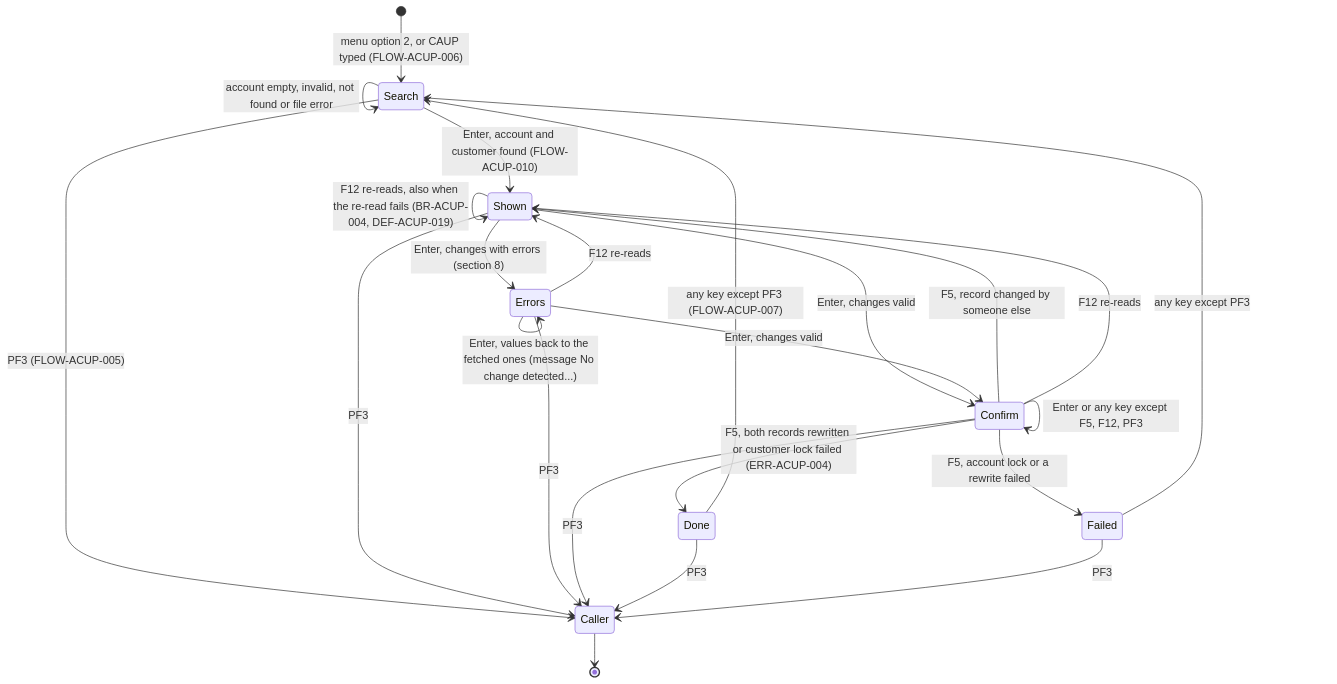
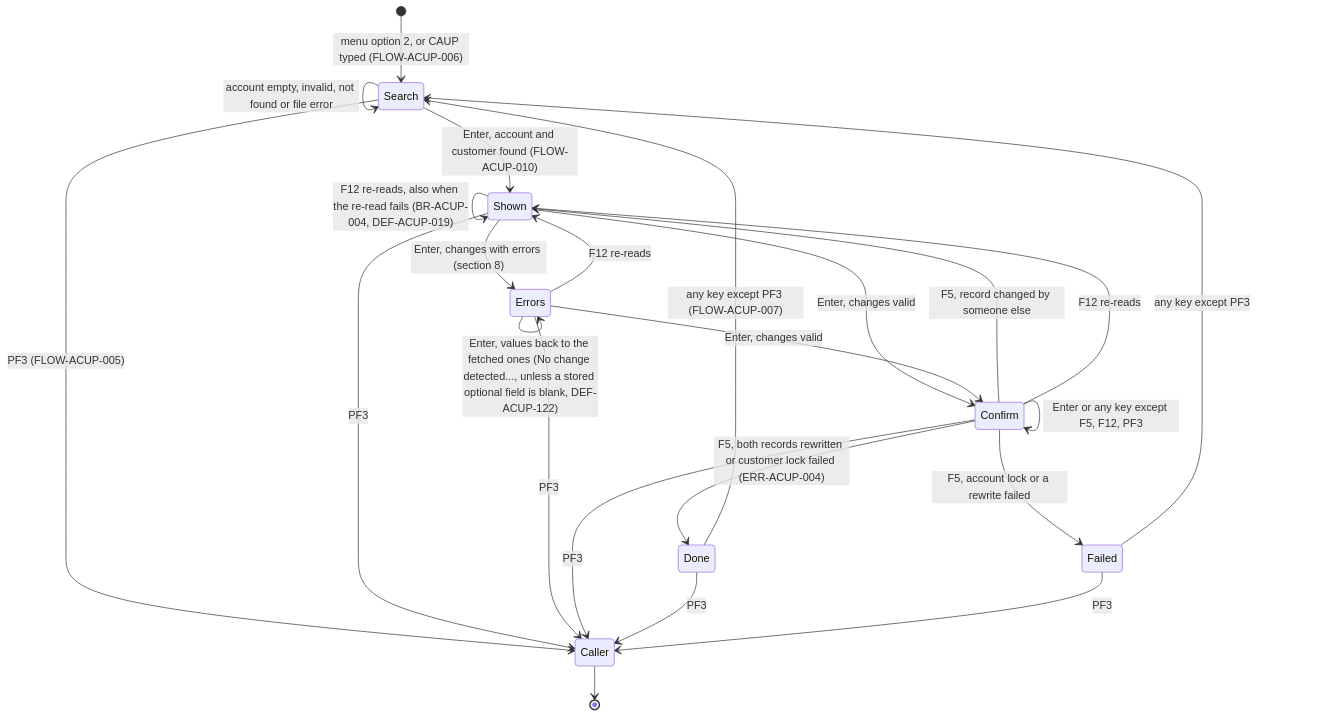
Before and after one commit to factory-senura-jayatunge/carddemo: the first of 2 diagrams in docs/modernization/spec/programs/COACTUPC.md, drawn with Mermaid. The commit also changed other lines of this file and 5 other files, not shown here.

````diff
--- a/docs/modernization/spec/programs/COACTUPC.md
+++ b/docs/modernization/spec/programs/COACTUPC.md
@@ -293,28 +293,28 @@
 ```mermaid
 stateDiagram-v2
     [*] --> Search: menu option 2, or CAUP typed (FLOW-ACUP-006)
     Search --> Search: account empty, invalid, not found or file error
     Search --> Shown: Enter, account and customer found (FLOW-ACUP-010)
     Shown --> Shown: Enter, nothing changed
     Shown --> Errors: Enter, changes with errors (section 8)
     Shown --> Confirm: Enter, changes valid
     Errors --> Errors: Enter, still errors
     Errors --> Confirm: Enter, changes valid
-    Errors --> Errors: Enter, values back to the fetched ones (message No change detected...)
+    Errors --> Errors: Enter, values back to the fetched ones (No change detected..., unless a stored optional field is blank, DEF-ACUP-122)
     Confirm --> Confirm: Enter or any key except F5, F12, PF3
     Confirm --> Done: F5, both records rewritten or customer lock failed (ERR-ACUP-004)
     Confirm --> Failed: F5, account lock or a rewrite failed
     Confirm --> Shown: F5, record changed by someone else
     Shown --> Shown: F12 re-reads, also when the re-read fails (BR-ACUP-004, DEF-ACUP-019)
     Errors --> Shown: F12 re-reads
     Confirm --> Shown: F12 re-reads
     Done --> Search: any key except PF3 (FLOW-ACUP-007)
     Failed --> Search: any key except PF3
     Search --> Caller: PF3 (FLOW-ACUP-005)
     Shown --> Caller: PF3
     Errors --> Caller: PF3
     Confirm --> Caller: PF3
     Done --> Caller: PF3
     Failed --> Caller: PF3
     Caller --> [*]
 ```
````
